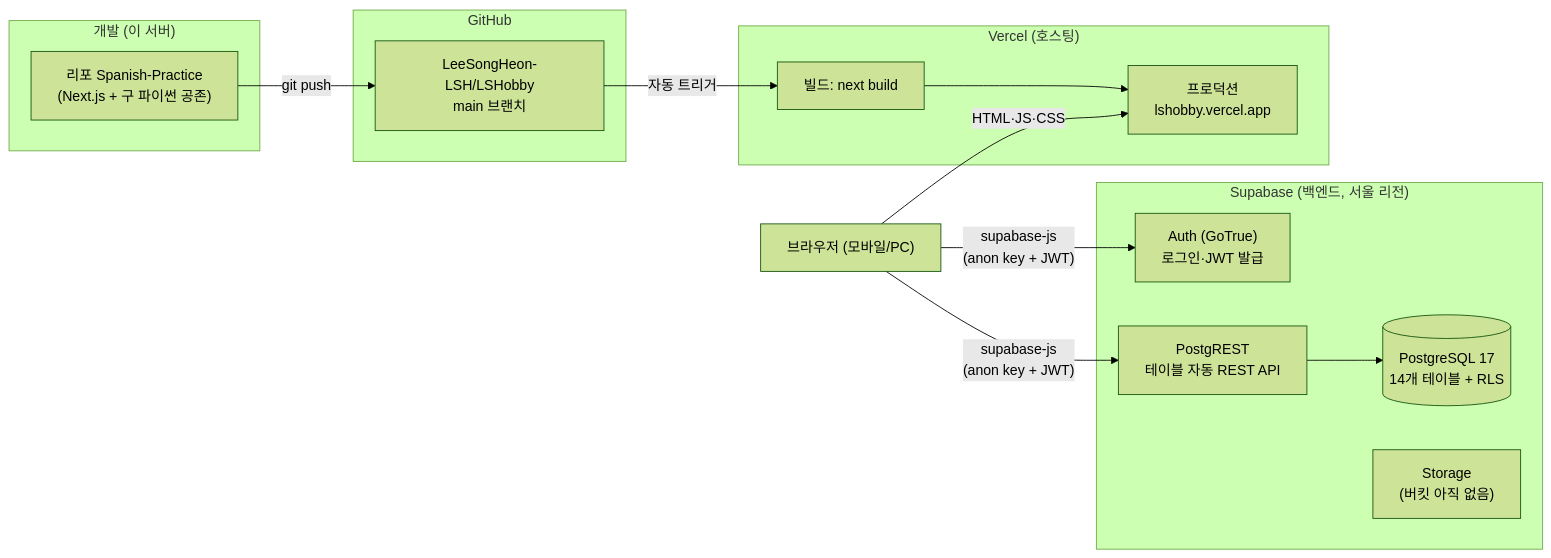
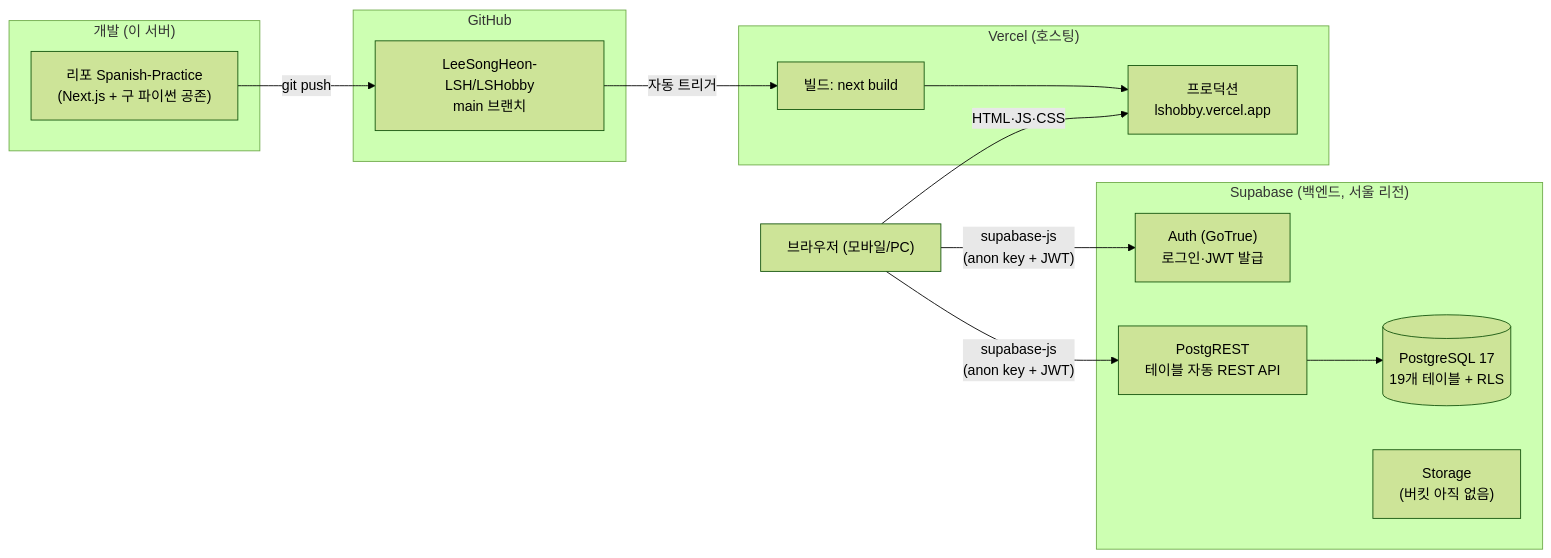
Before and after one commit to LeeSongHeon-LSH/LSHobby: the first of 3 diagrams in docs/16-infra.md, drawn with Mermaid (forest theme). The commit also changed 25 other files, not shown here.

````diff
--- a/docs/16-infra.md
+++ b/docs/16-infra.md
@@ -9,25 +9,25 @@
 ```mermaid
 flowchart LR
     subgraph dev["개발 (이 서버)"]
         CODE["리포 Spanish-Practice<br/>(Next.js + 구 파이썬 공존)"]
     end
     subgraph gh["GitHub"]
         REPO["LeeSongHeon-LSH/LSHobby<br/>main 브랜치"]
     end
     subgraph vercel["Vercel (호스팅)"]
         BUILD["빌드: next build"]
         PROD["프로덕션<br/>lshobby.vercel.app"]
     end
     subgraph supa["Supabase (백엔드, 서울 리전)"]
         AUTH["Auth (GoTrue)<br/>로그인·JWT 발급"]
         REST["PostgREST<br/>테이블 자동 REST API"]
-        DB[("PostgreSQL 17<br/>14개 테이블 + RLS")]
+        DB[("PostgreSQL 17<br/>19개 테이블 + RLS")]
         STG["Storage<br/>(버킷 아직 없음)"]
     end
     U["브라우저 (모바일/PC)"]
 
     CODE -- git push --> REPO -- 자동 트리거 --> BUILD --> PROD
     U -- HTML·JS·CSS --> PROD
     U -- supabase-js<br/>(anon key + JWT) --> AUTH & REST
     REST --> DB
 ```
````
